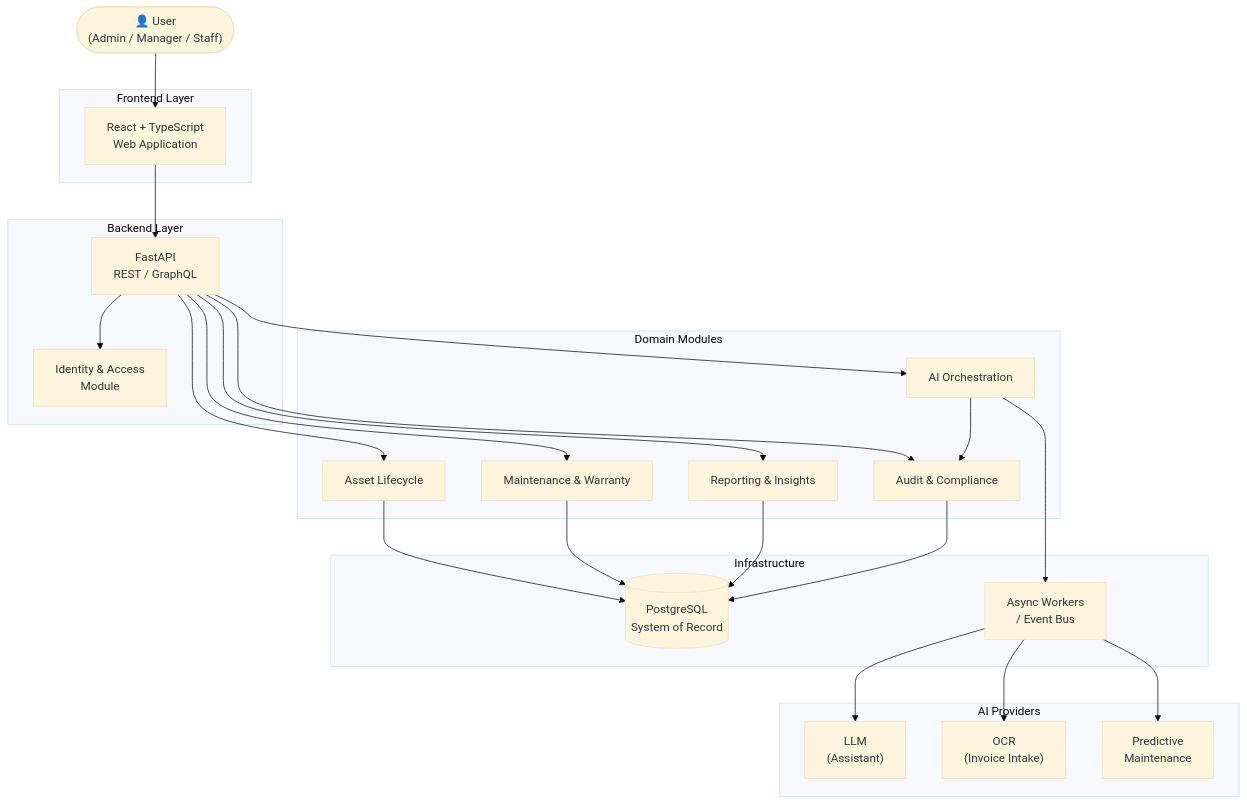
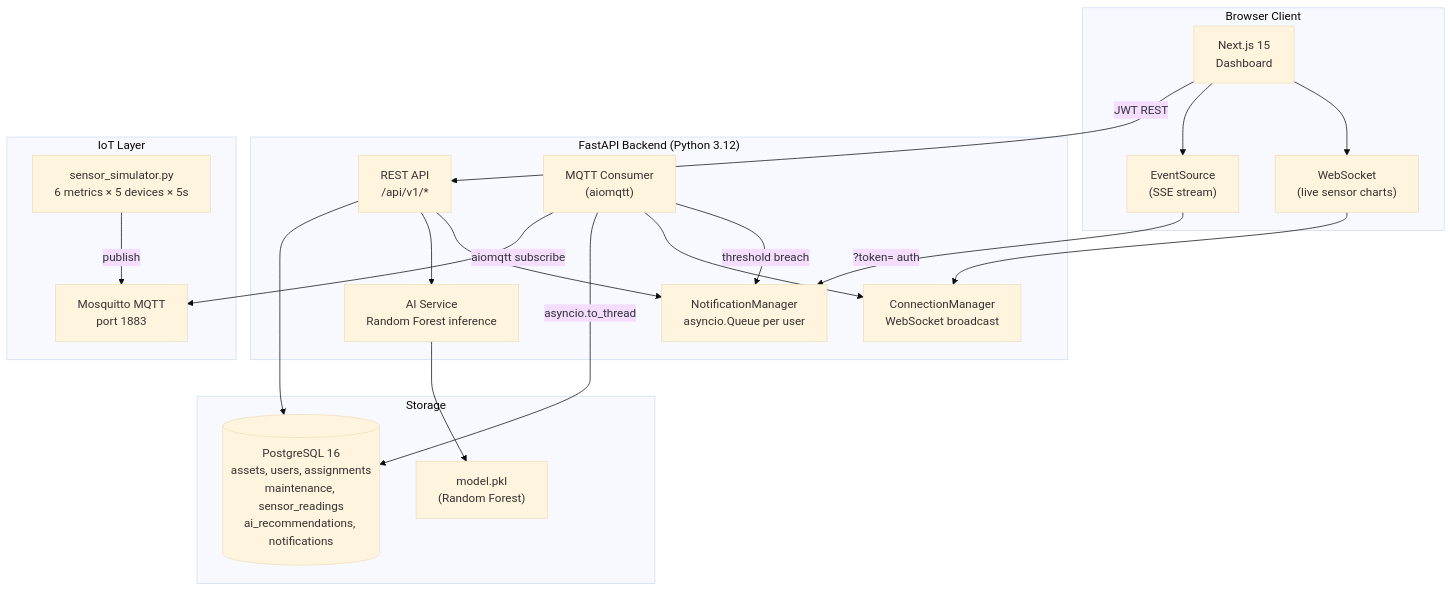
The first of 4 diagrams in README.md (khaclbit/v0-ai-asset-management), drawn with Mermaid (base theme) before and after one commit. The commit also changed other lines of this file, not shown here.

First line of the commit message:
docs: overhaul README for v2.2 — Quick Start, deploy guide, updated architecture

````diff
--- a/README.md
+++ b/README.md
@@ -31,46 +135,40 @@
 ```mermaid
 flowchart TD
-    User(["👤 User\n(Admin / Manager / Staff)"])
-
-    subgraph Frontend["Frontend Layer"]
-        UI["React + TypeScript\nWeb Application"]
+    subgraph Client["Browser Client"]
+        UI["Next.js 15\nDashboard"]
+        SSE["EventSource\n(SSE stream)"]
+        WS["WebSocket\n(live sensor charts)"]
     end
 
-    subgraph Backend["Backend Layer"]
-        API["FastAPI\nREST / GraphQL"]
-        IAM["Identity & Access\nModule"]
+    subgraph Backend["FastAPI Backend (Python 3.12)"]
+        API["REST API\n/api/v1/*"]
+        NotifMgr["NotificationManager\nasyncio.Queue per user"]
+        WsConn["ConnectionManager\nWebSocket broadcast"]
+        MQTTConsumer["MQTT Consumer\n(aiomqtt)"]
+        AiService["AI Service\nRandom Forest inference"]
     end
 
-    subgraph Domains["Domain Modules"]
-        AL["Asset Lifecycle"]
-        MW["Maintenance & Warranty"]
-        RP["Reporting & Insights"]
-        AIO["AI Orchestration"]
-        AUD["Audit & Compliance"]
+    subgraph Storage["Storage"]
+        PG[("PostgreSQL 16\nassets, users, assignments\nmaintenance, sensor_readings\nai_recommendations, notifications")]
+        ModelPkl["model.pkl\n(Random Forest)"]
     end
 
-    subgraph Infra["Infrastructure"]
-        DB[("PostgreSQL\nSystem of Record")]
-        EV["Async Workers\n/ Event Bus"]
+    subgraph IoT["IoT Layer"]
+        Broker["Mosquitto MQTT\nport 1883"]
+        Simulator["sensor_simulator.py\n6 metrics × 5 devices × 5s"]
     end
 
-    subgraph AI["AI Providers"]
-        LLM["LLM\n(Assistant)"]
-        OCR["OCR\n(Invoice Intake)"]
-        PM["Predictive\nMaintenance"]
-    end
+    UI -->|"JWT REST"| API
+    UI --> SSE -->|"?token= auth"| NotifMgr
+    UI --> WS --> WsConn
 
-    User --> UI
-    UI --> API
-    API --> IAM
-    API --> AL
-    API --> MW
-    API --> RP
-    API --> AIO
-    API --> AUD
+    API --> PG
+    API --> AiService --> ModelPkl
+    API --> NotifMgr
 
-    AL & MW & RP & AUD --> DB
-    AIO --> EV
-    EV --> LLM & OCR & PM
-    AIO --> AUD
+    MQTTConsumer -->|"aiomqtt subscribe"| Broker
+    Simulator -->|"publish"| Broker
+    MQTTConsumer -->|"asyncio.to_thread"| PG
+    MQTTConsumer --> WsConn
+    MQTTConsumer -->|"threshold breach"| NotifMgr
 ```
````
